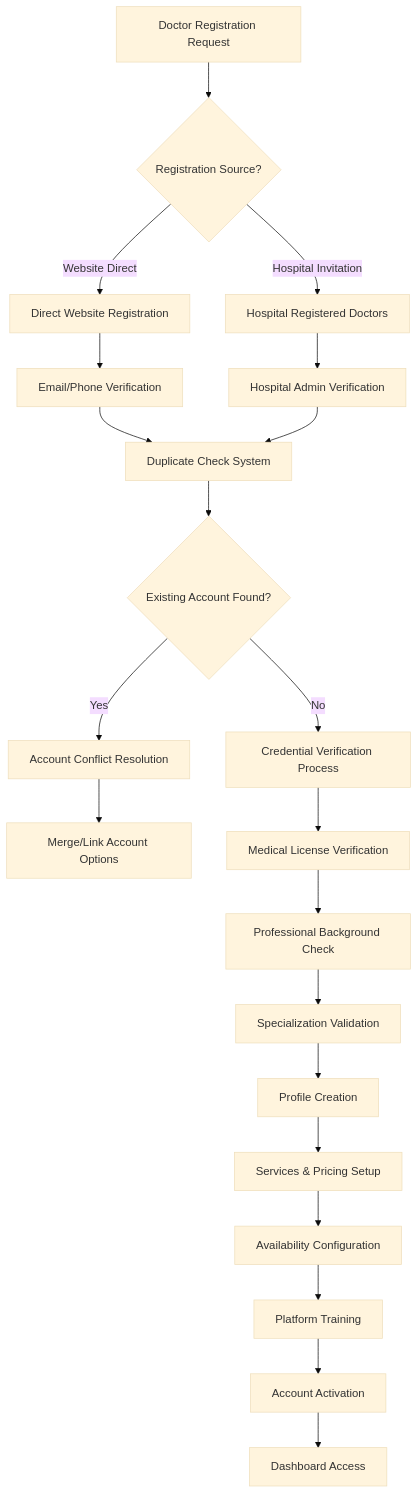
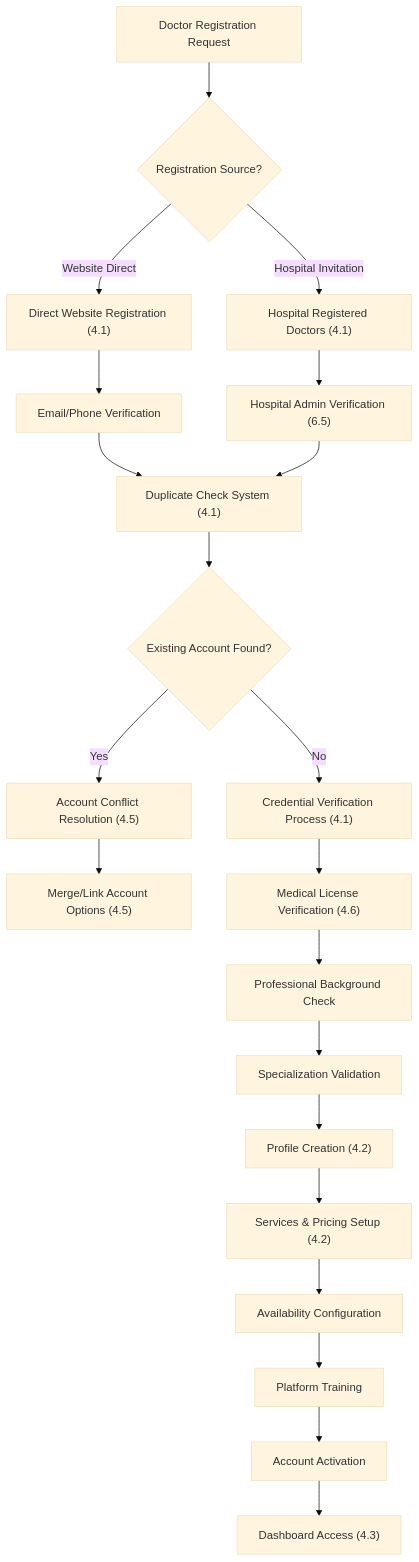
Before and after one commit to noumanjavaid96/Mediverse: the second of 6 diagrams in Document Presented.md, drawn with Mermaid (base theme). The commit also changed other lines of this file, not shown here.

````diff
--- a/Document Presented.md
+++ b/Document Presented.md
@@ -130,23 +130,23 @@
 ```mermaid
 flowchart TD
     A[Doctor Registration Request] --> B{Registration Source?}
-    B -->|Website Direct| C[Direct Website Registration]
-    B -->|Hospital Invitation| D[Hospital Registered Doctors]
+    B -->|Website Direct| C["Direct Website Registration (4.1)"]
+    B -->|Hospital Invitation| D["Hospital Registered Doctors (4.1)"]
     C --> E[Email/Phone Verification]
-    D --> F[Hospital Admin Verification]
-    E --> G[Duplicate Check System]
+    D --> F["Hospital Admin Verification (6.5)"]
+    E --> G["Duplicate Check System (4.1)"]
     F --> G
     G --> H{Existing Account Found?}
-    H -->|Yes| I[Account Conflict Resolution]
-    H -->|No| J[Credential Verification Process]
-    I --> K[Merge/Link Account Options]
-    J --> L[Medical License Verification]
+    H -->|Yes| I["Account Conflict Resolution (4.5)"]
+    H -->|No| J["Credential Verification Process (4.1)"]
+    I --> K["Merge/Link Account Options (4.5)"]
+    J --> L["Medical License Verification (4.6)"]
     L --> M[Professional Background Check]
     M --> N[Specialization Validation]
-    N --> O[Profile Creation]
-    O --> P[Services & Pricing Setup]
-    P --> Q[Availability Configuration]
+    N --> O["Profile Creation (4.2)"]
+    O --> P["Services & Pricing Setup (4.2)"]
+    P --> Q["Availability Configuration"]
     Q --> R[Platform Training]
     R --> S[Account Activation]
-    S --> T[Dashboard Access]
+    S --> T["Dashboard Access (4.3)"]
 ```
````
